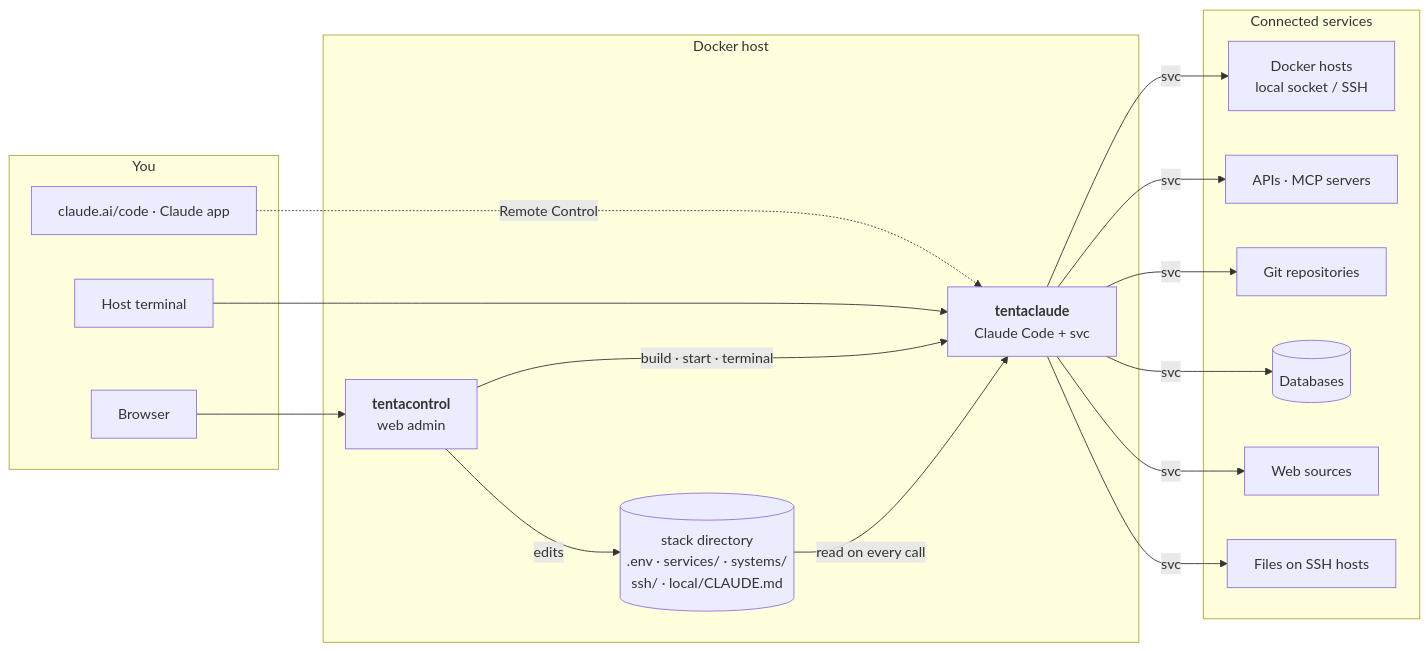
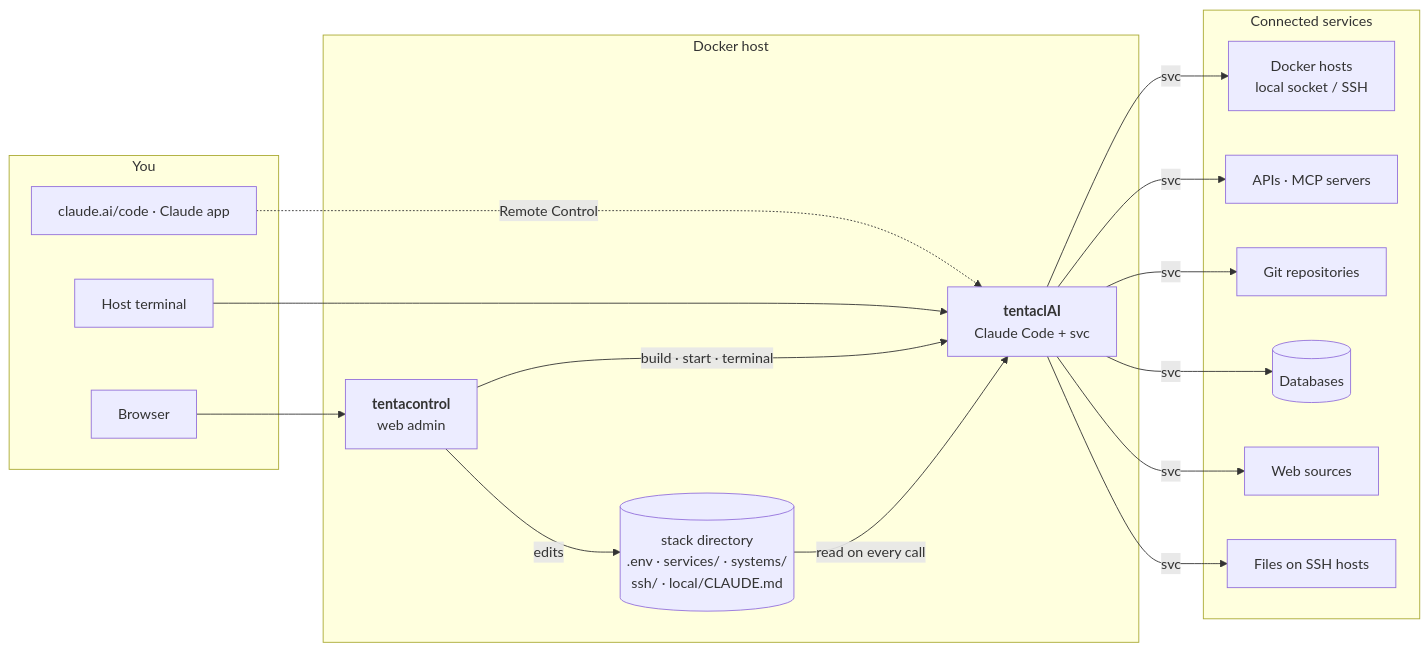
Before and after one commit to bfs2021/tentaclAI: the diagram in README.md, drawn with Mermaid. The commit also changed other lines of this file and 38 other files, not shown here.

First line of the commit message:
Rename tentaclaude → tentaclAI

````diff
--- a/README.md
+++ b/README.md
@@ -46,28 +46,28 @@
 ```mermaid
 flowchart LR
   subgraph you["You"]
     browser["Browser"]
     app["claude.ai/code · Claude app"]
     term["Host terminal"]
   end
   subgraph host["Docker host"]
     control["<b>tentacontrol</b><br/>web admin"]
-    sandbox["<b>tentaclaude</b><br/>Claude Code + svc"]
+    sandbox["<b>tentaclAI</b><br/>Claude Code + svc"]
     files[("stack directory<br/>.env · services/ · systems/<br/>ssh/ · local/CLAUDE.md")]
   end
   subgraph reach["Connected services"]
     docker["Docker hosts<br/>local socket / SSH"]
     api["APIs · MCP servers"]
     git["Git repositories"]
     db[("Databases")]
     web["Web sources"]
     fs["Files on SSH hosts"]
   end
   browser --> control
   app -. "Remote Control" .-> sandbox
   term --> sandbox
   control -- "build · start · terminal" --> sandbox
   control -- "edits" --> files
   files -- "read on every call" --> sandbox
   sandbox -->|svc| docker & api & git & db & web & fs
 ```
````
